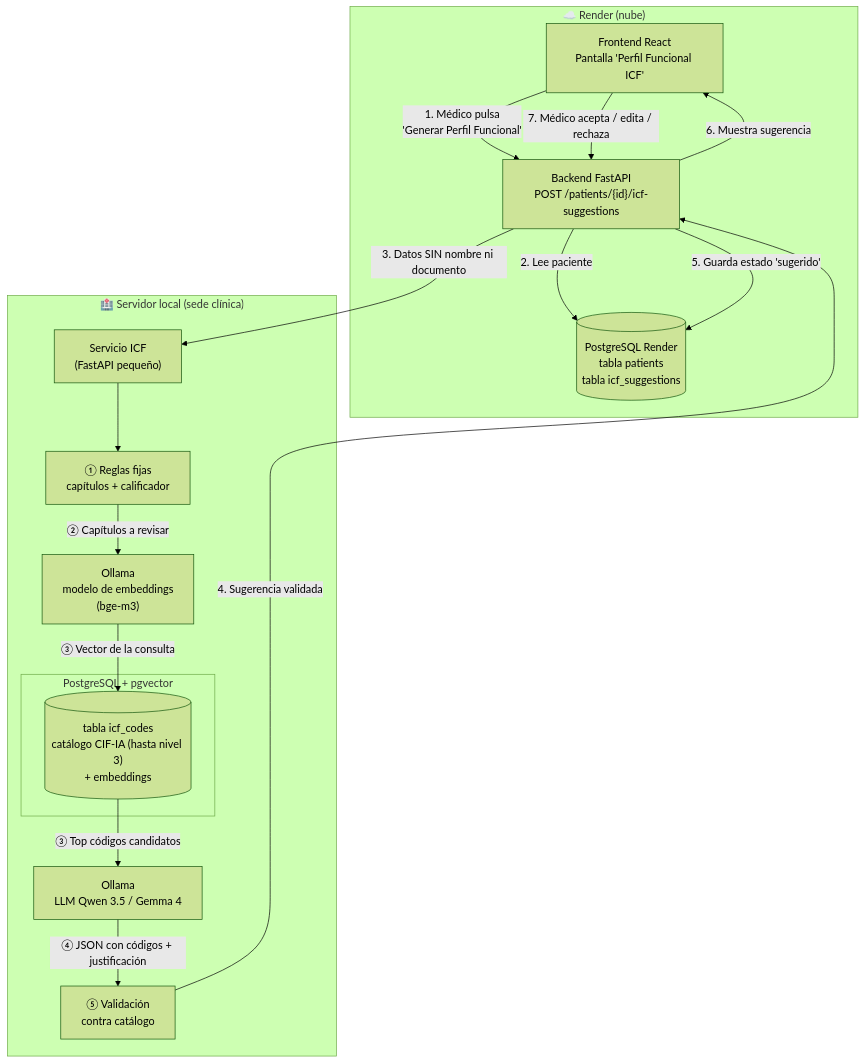
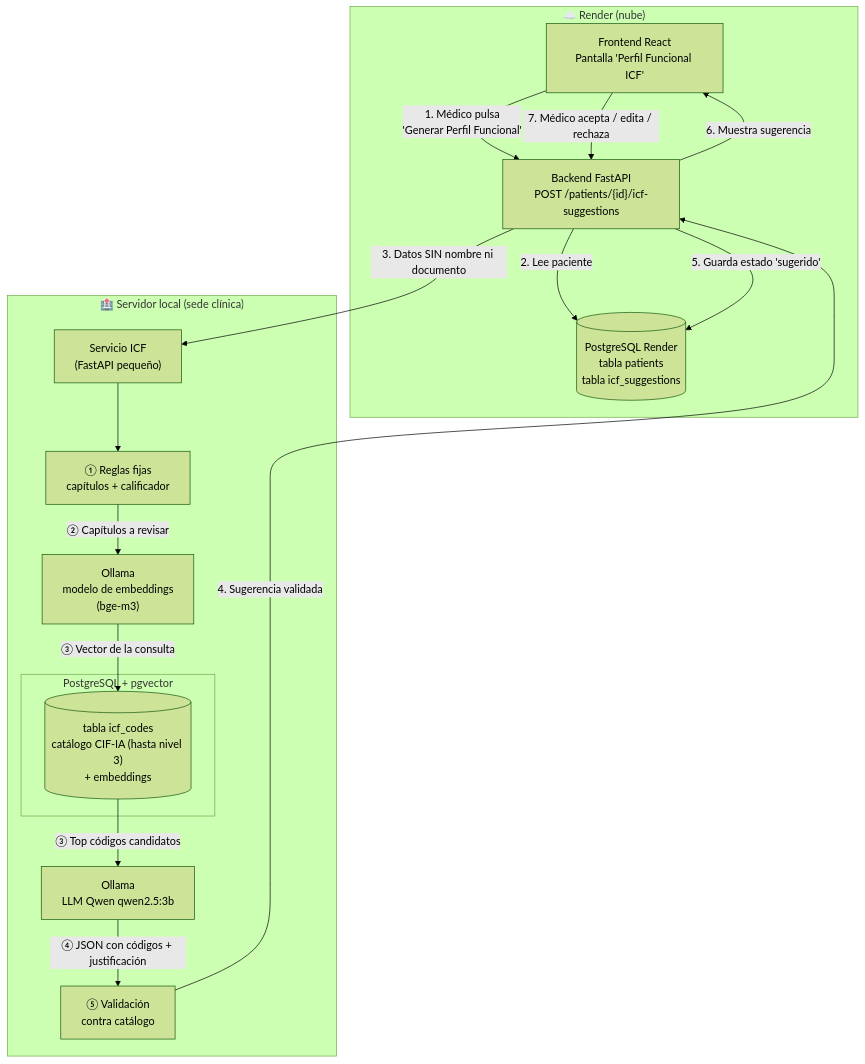
One commit to jaquimbayoc7/health-access-bridge changed the first of 3 diagrams in docs/diagrams/rag-icf-postgresql.md. Above: the diagram before and after it, drawn with Mermaid (forest theme). The commit also changed other lines of this file and 2 other files, not shown here.

Commit message:
docs: HU-07 usa solo qwen2.5:3b, se elimina la comparacion Qwen vs Gemma

````diff
--- a/docs/diagrams/rag-icf-postgresql.md
+++ b/docs/diagrams/rag-icf-postgresql.md
@@ -25,32 +25,32 @@
 ```mermaid
 flowchart TB
     subgraph NUBE["☁️ Render (nube)"]
         FE["Frontend React<br/>Pantalla 'Perfil Funcional ICF'"]
         BE["Backend FastAPI<br/>POST /patients/{id}/icf-suggestions"]
         DBP[("PostgreSQL Render<br/>tabla patients<br/>tabla icf_suggestions")]
     end
 
     subgraph LOCAL["🏥 Servidor local (sede clínica)"]
         SVC["Servicio ICF<br/>(FastAPI pequeño)"]
         RULES["① Reglas fijas<br/>capítulos + calificador"]
         subgraph PG["PostgreSQL + pgvector"]
             CAT[("tabla icf_codes<br/>catálogo CIF-IA (hasta nivel 3)<br/>+ embeddings")]
         end
         EMB["Ollama<br/>modelo de embeddings<br/>(bge-m3)"]
-        LLM["Ollama<br/>LLM Qwen 3.5 / Gemma 4"]
+        LLM["Ollama<br/>LLM Qwen qwen2.5:3b"]
         VAL["⑤ Validación<br/>contra catálogo"]
     end
 
     FE -->|"1. Médico pulsa<br/>'Generar Perfil Funcional'"| BE
     BE -->|"2. Lee paciente"| DBP
     BE -->|"3. Datos SIN nombre ni documento"| SVC
     SVC --> RULES
     RULES -->|"② Capítulos a revisar"| EMB
     EMB -->|"③ Vector de la consulta"| CAT
     CAT -->|"③ Top códigos candidatos"| LLM
     LLM -->|"④ JSON con códigos + justificación"| VAL
     VAL -->|"4. Sugerencia validada"| BE
     BE -->|"5. Guarda estado 'sugerido'"| DBP
     BE -->|"6. Muestra sugerencia"| FE
     FE -->|"7. Médico acepta / edita / rechaza"| BE
 ```
````
